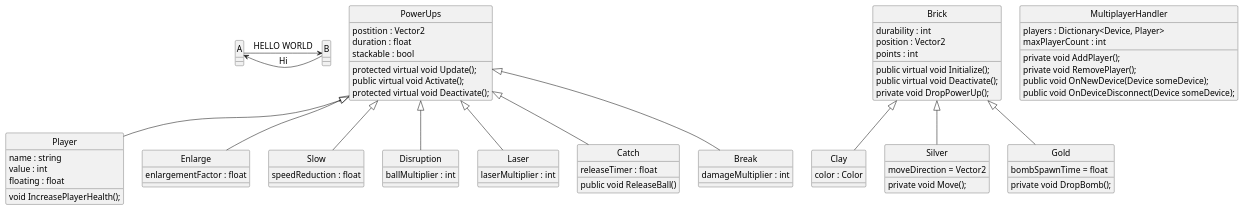
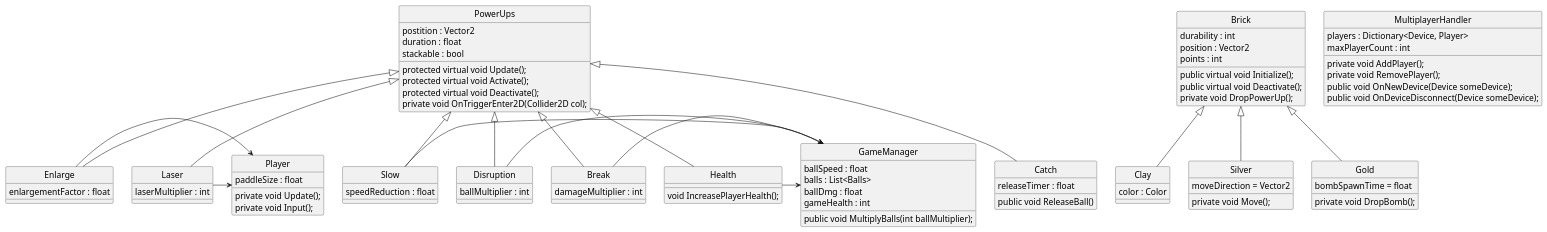
One commit to RitchiDev/GROUP-Domain-Decomposition-Git changed the diagram in Breakout.plantuml. Above: the diagram before and after it, drawn with PlantUML.

Commit message:
Added Player and GameManager UML

```diff
--- a/Breakout.plantuml
+++ b/Breakout.plantuml
@@ -1,113 +1,128 @@
 @startuml Breakout
 skinparam style strictuml
 skinparam SequenceMessageAlignment center
 skinparam DefaultFontName Arial
 skinparam DefaultFontSize 16
 skinparam DefaultFontStyle bold
 
-A -> B : HELLO WORLD
-A <- B : Hi
-
+Enlarge -> Player
+Laser -> Player
 class "Player" as Player
 {
-    name : string
-    value : int
-    floating : float
+    paddleSize : float
+
+    private void Update();
+    private void Input();
+}
+
+Slow -> GameManager
+Disruption -> GameManager
+Break -> GameManager
+Health -> GameManager
+class "GameManager" as GameManager
+{
+    ballSpeed : float
+    balls : List<Balls>
+    ballDmg : float
+    gameHealth : int
+
+    public void MultiplyBalls(int ballMultiplier);
 }
 
 Powerups <|-- Enlarge
 Powerups <|-- Slow
 Powerups <|-- Disruption
 Powerups <|-- Laser
 Powerups <|-- Catch
 Powerups <|-- Break
-Powerups <|-- Player
+Powerups <|-- Health
 class "PowerUps" as Powerups
 {
     postition : Vector2
     duration : float
     stackable : bool
     
     protected virtual void Update();
-    public virtual void Activate();
+    protected virtual void Activate();
     protected virtual void Deactivate();
+    private void OnTriggerEnter2D(Collider2D col);
 }
 
 class "Enlarge" as Enlarge
 {
     enlargementFactor : float
 }
 
 class "Slow" as Slow
 {
     speedReduction : float
 }
 
 class "Disruption" as Disruption
 {
     ballMultiplier : int
 }
 
 class "Laser" as Laser
 {
     laserMultiplier : int
 }
 
 class "Catch" as Catch
 {
     releaseTimer : float
     public void ReleaseBall()
 }
 
 class "Break" as Break
 {
     damageMultiplier : int
 }
 
-class "Player" as Player
+class "Health" as Health
 {
     void IncreasePlayerHealth();
 }
 
 class "Brick" as Brick
 {
     durability : int
     position : Vector2
     points : int
 
     public virtual void Initialize();
     public virtual void Deactivate();
     private void DropPowerUp();
 }
 
 Brick <|-- Clay
 class "Clay" as Clay
 {
     color : Color
 }
 
 Brick <|-- Silver
 class "Silver" as Silver
 {
     moveDirection = Vector2
     private void Move();
 }
 
 Brick <|-- Gold
 class "Gold" as Gold
 {
     bombSpawnTime = float
     private void DropBomb();
 }
 
 class MultiplayerHandler
 {
     players : Dictionary<Device, Player> 
     maxPlayerCount : int
 
     private void AddPlayer();
     private void RemovePlayer();
     public void OnNewDevice(Device someDevice);
     public void OnDeviceDisconnect(Device someDevice);
 }
 @enduml
```
